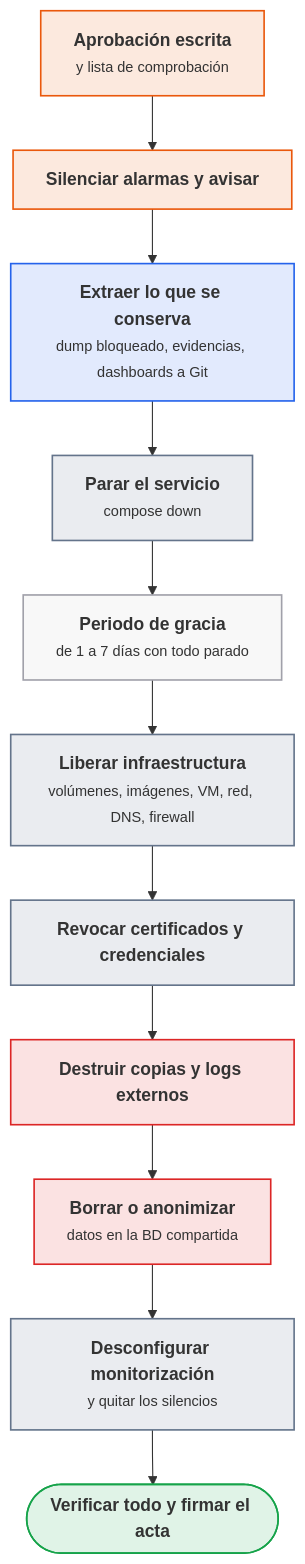
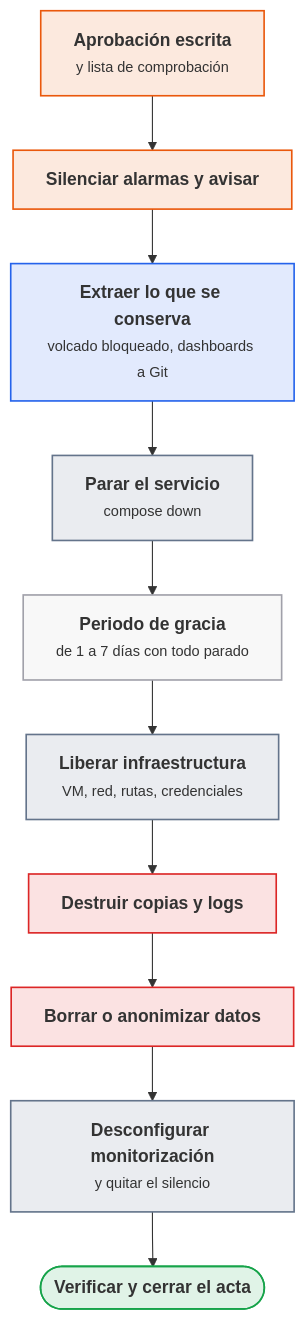
Before and after one commit to victor-educ/apuntes-5169: the third of 5 diagrams in docs/ut/ut8-terminacion-segura.md, drawn with Mermaid. The commit also changed other lines of this file and 6 other files, not shown here.

````diff
--- a/docs/ut/ut8-terminacion-segura.md
+++ b/docs/ut/ut8-terminacion-segura.md
@@ -256,21 +279,20 @@
 ```mermaid
 flowchart TD
     A["<b>Aprobación escrita</b><br><small>y lista de comprobación</small>"]:::act
     B["<b>Silenciar alarmas y avisar</b>"]:::act
-    C["<b>Extraer lo que se conserva</b><br><small>dump bloqueado, evidencias, dashboards a Git</small>"]:::dato
+    C["<b>Extraer lo que se conserva</b><br><small>volcado bloqueado, dashboards a Git</small>"]:::dato
     D["<b>Parar el servicio</b><br><small>compose down</small>"]:::pieza
     E["<b>Periodo de gracia</b><br><small>de 1 a 7 días con todo parado</small>"]:::infra
-    F["<b>Liberar infraestructura</b><br><small>volúmenes, imágenes, VM, red, DNS, firewall</small>"]:::pieza
-    G["<b>Revocar certificados y credenciales</b>"]:::pieza
-    H["<b>Destruir copias y logs externos</b>"]:::riesgo
-    I["<b>Borrar o anonimizar</b><br><small>datos en la BD compartida</small>"]:::riesgo
-    J["<b>Desconfigurar monitorización</b><br><small>y quitar los silencios</small>"]:::pieza
-    K(["<b>Verificar todo y firmar el acta</b>"]):::ok
-    A --> B --> C --> D --> E --> F --> G --> H --> I --> J --> K
+    F["<b>Liberar infraestructura</b><br><small>VM, red, rutas, credenciales</small>"]:::pieza
+    H["<b>Destruir copias y logs</b>"]:::riesgo
+    I["<b>Borrar o anonimizar datos</b>"]:::riesgo
+    J["<b>Desconfigurar monitorización</b><br><small>y quitar el silencio</small>"]:::pieza
+    K(["<b>Verificar y cerrar el acta</b>"]):::ok
+    A --> B --> C --> D --> E --> F --> H --> I --> J --> K
     classDef act fill:#ea580c22,stroke:#ea580c,stroke-width:1.5px
     classDef pieza fill:#64748b22,stroke:#64748b,stroke-width:1.5px
     classDef dato fill:#2563eb22,stroke:#2563eb,stroke-width:1.5px
     classDef infra fill:#a1a1aa14,stroke:#a1a1aa,stroke-width:1.5px
     classDef ok fill:#16a34a22,stroke:#16a34a,stroke-width:1.5px
     classDef riesgo fill:#dc262622,stroke:#dc2626,stroke-width:1.5px
 ```
````
